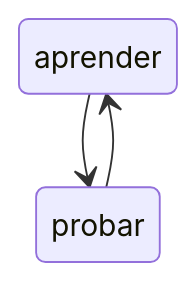
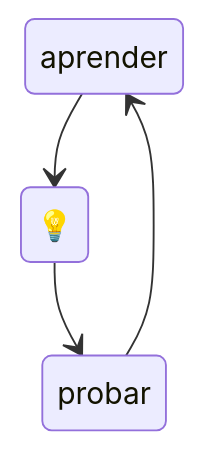
Before and after one commit to marcosaccomanno/marcosaccomanno: the diagram in README.md, drawn with Mermaid.

````diff
--- a/README.md
+++ b/README.md
@@ -8,5 +8,6 @@
 ```mermaid
 stateDiagram-v2
-    aprender --> probar
+    aprender --> 💡
+    💡 --> probar
     probar  --> aprender
 ```
````
